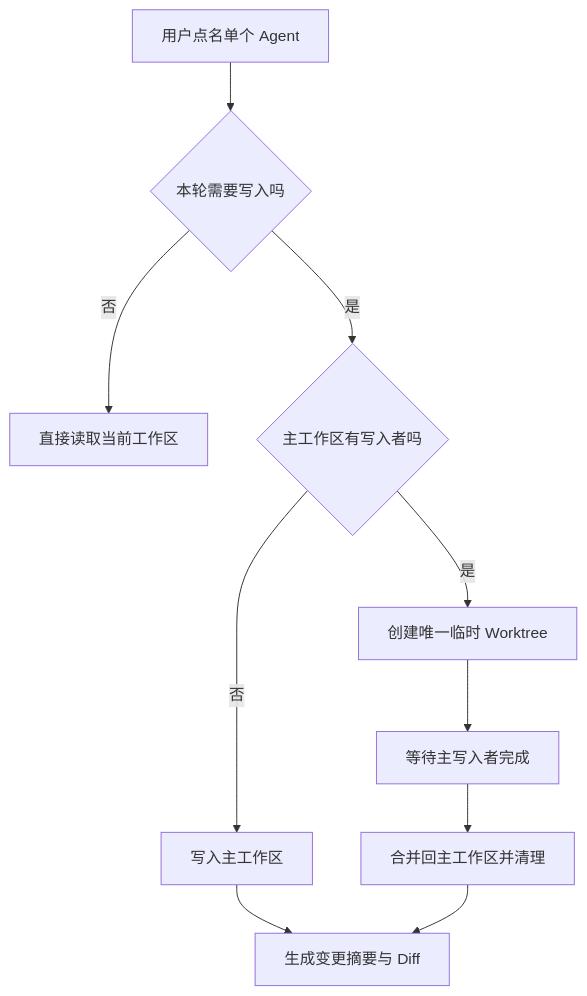
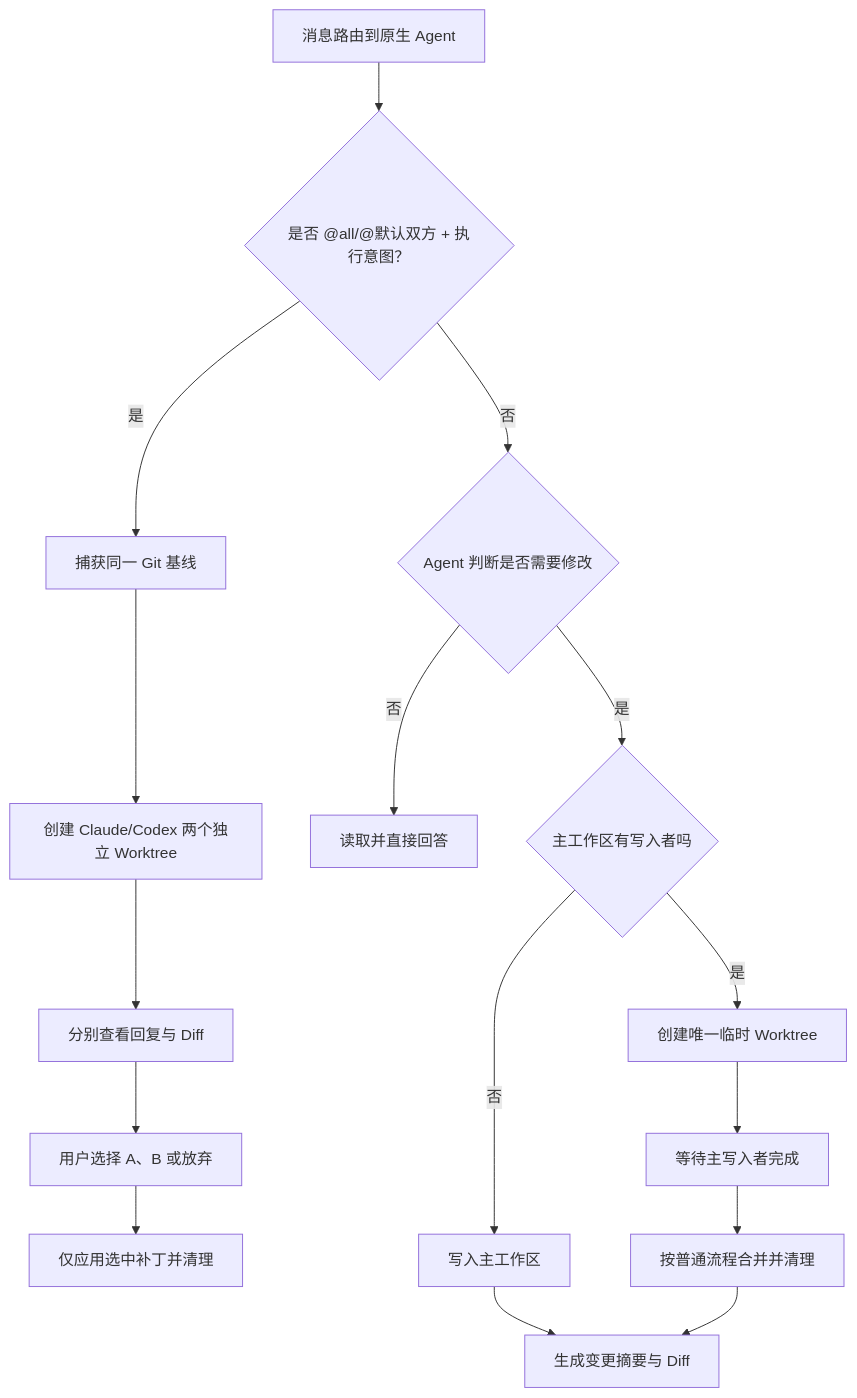
One commit to nailding1123/mutiagent changed the first of 2 diagrams in README.md. Above: the diagram before and after it, drawn with Mermaid. The commit also changed other lines of this file and 19 other files, not shown here.

````diff
--- a/README.md
+++ b/README.md
@@ -174,12 +186,18 @@
 ```mermaid
 flowchart TD
-  Request["用户点名单个 Agent"] --> Intent{"本轮需要写入吗"}
-  Intent -->|否| Read["直接读取当前工作区"]
+  Request["消息路由到原生 Agent"] --> Compare{"是否 @all/@默认双方 + 执行意图？"}
+  Compare -->|是| Base["捕获同一 Git 基线"]
+  Base --> AB["创建 Claude/Codex 两个独立 Worktree"]
+  AB --> ReviewAB["分别查看回复与 Diff"]
+  ReviewAB --> Choose["用户选择 A、B 或放弃"]
+  Choose --> Apply["仅应用选中补丁并清理"]
+  Compare -->|否| Intent{"Agent 判断是否需要修改"}
+  Intent -->|否| Read["读取并直接回答"]
   Intent -->|是| MainFree{"主工作区有写入者吗"}
   MainFree -->|否| Main["写入主工作区"]
   MainFree -->|是| Worktree["创建唯一临时 Worktree"]
   Worktree --> Wait["等待主写入者完成"]
-  Wait --> Merge["合并回主工作区并清理"]
+  Wait --> Merge["按普通流程合并并清理"]
   Main --> Review["生成变更摘要与 Diff"]
   Merge --> Review
 ```
````
